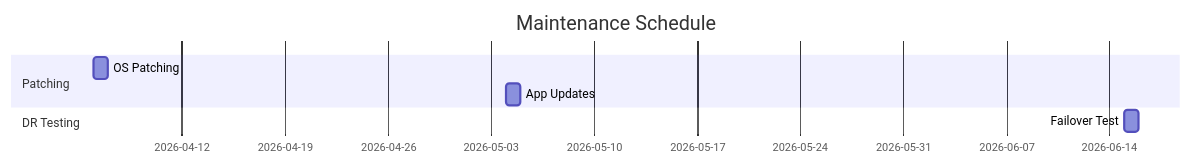
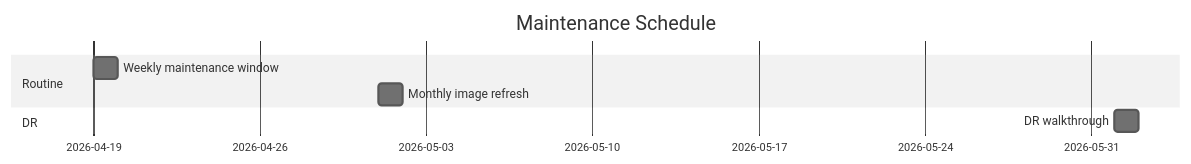
Before and after one commit to jonathan-vella/apex: the second of 5 diagrams in site/src/content/docs/demo/08-as-built/runbook.md, drawn with Mermaid. The commit also changed other lines of this file and 85 other files, not shown here.

First line of the commit message:
feat(site): overhaul demo content, add JSON schemas, and update scripts (#323)

````diff
--- a/site/src/content/docs/demo/08-as-built/runbook.md
+++ b/site/src/content/docs/demo/08-as-built/runbook.md
@@ -144,10 +129,11 @@
 ```mermaid
+%%{init: {'theme':'neutral'}}%%
 gantt
     title Maintenance Schedule
     dateFormat YYYY-MM-DD
-    section Patching
-        OS Patching       :a1, 2026-04-06, 1d
-        App Updates       :a2, 2026-05-04, 1d
-    section DR Testing
-        Failover Test     :b1, 2026-06-15, 1d
+    section Routine
+        Weekly maintenance window :a1, 2026-04-19, 1d
+        Monthly image refresh     :a2, 2026-05-01, 1d
+    section DR
+        DR walkthrough            :b1, 2026-06-01, 1d
 ```
````
